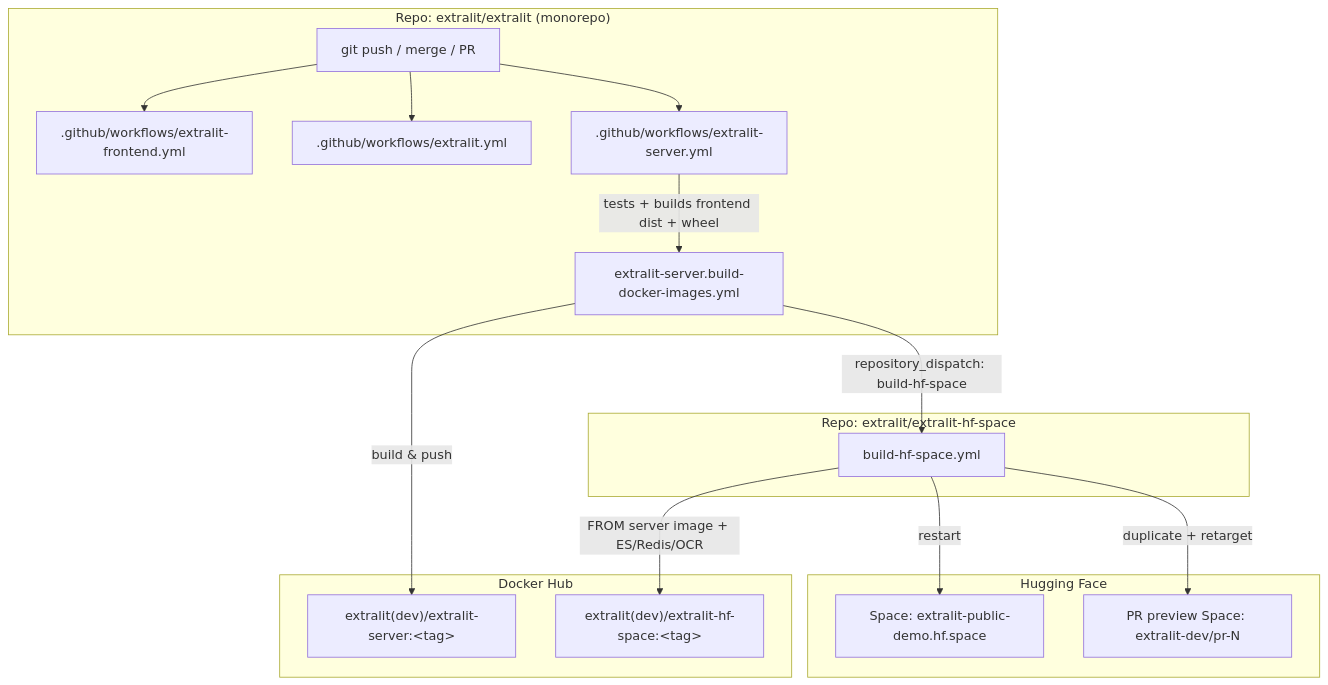
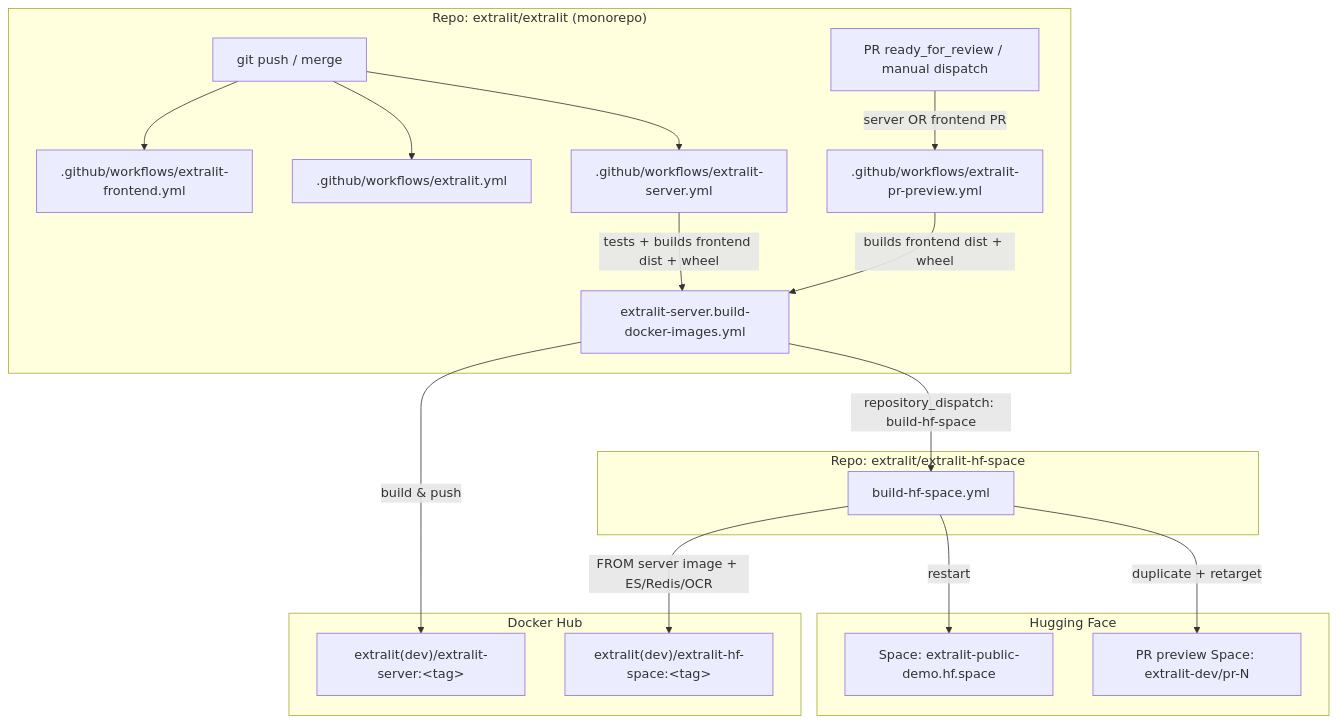
The diagram in docs/architecture/deployment.md (Extralit/extralit), drawn with Mermaid before and after one commit. The commit also changed other lines of this file and 2 other files, not shown here.

First line of the commit message:
feat(ci): add PR ephemeral HF Space preview workflow

````diff
--- a/docs/architecture/deployment.md
+++ b/docs/architecture/deployment.md
@@ -19,34 +19,38 @@
 ```mermaid
 flowchart TD
     subgraph monorepo["Repo: extralit/extralit (monorepo)"]
-        push["git push / merge / PR"]
+        push["git push / merge"]
+        prready["PR ready_for_review / manual dispatch"]
         fe[".github/workflows/extralit-frontend.yml"]
         sdk[".github/workflows/extralit.yml"]
         srv[".github/workflows/extralit-server.yml"]
+        prev[".github/workflows/extralit-pr-preview.yml"]
         srvbuild["extralit-server.build-docker-images.yml"]
     end
 
     subgraph hub["Docker Hub"]
         srvimg["extralit(dev)/extralit-server:&lt;tag&gt;"]
         spaceimg["extralit(dev)/extralit-hf-space:&lt;tag&gt;"]
     end
 
     subgraph hfrepo["Repo: extralit/extralit-hf-space"]
         bhs["build-hf-space.yml"]
     end
 
     subgraph hf["Hugging Face"]
         demo["Space: extralit-public-demo.hf.space"]
         prspace["PR preview Space: extralit-dev/pr-N"]
     end
 
     push --> fe
     push --> sdk
     push --> srv
+    prready -->|server OR frontend PR| prev
     srv -->|tests + builds frontend dist + wheel| srvbuild
+    prev -->|builds frontend dist + wheel| srvbuild
     srvbuild -->|build & push| srvimg
     srvbuild -->|repository_dispatch: build-hf-space| bhs
     bhs -->|FROM server image + ES/Redis/OCR| spaceimg
     bhs -->|restart| demo
     bhs -->|duplicate + retarget| prspace
 ```
````
